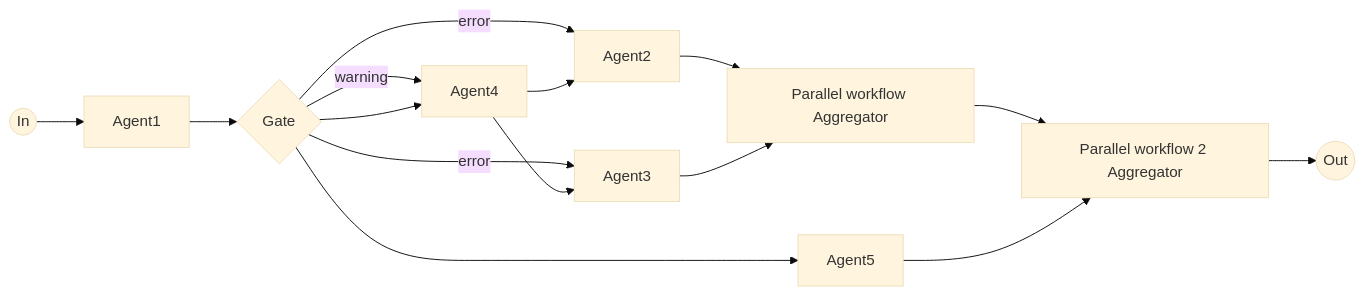
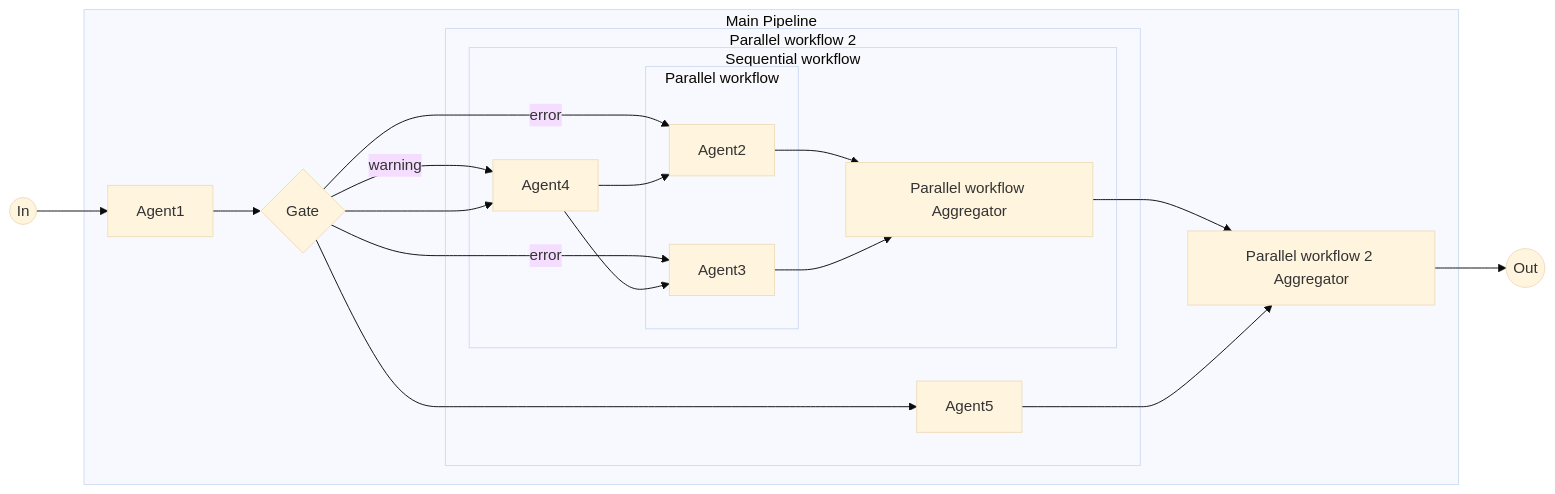
Before and after one commit to rootstrap/mars: the diagram in examples/complex_workflow/diagram.md, drawn with Mermaid (base theme). The commit also changed 10 other files, not shown here.

````diff
--- a/examples/complex_workflow/diagram.md
+++ b/examples/complex_workflow/diagram.md
@@ -1,27 +1,47 @@
 ```mermaid
 flowchart LR
 in((In))
 out((Out))
 agent1[Agent1]
 gate{Gate}
 agent4[Agent4]
 parallel_workflow_aggregator[Parallel workflow Aggregator]
 agent2[Agent2]
 agent3[Agent3]
 parallel_workflow_2_aggregator[Parallel workflow 2 Aggregator]
 agent5[Agent5]
+subgraph parallel_workflow_2["Parallel workflow 2"]
+  sequential_workflow
+  agent5
+end
+subgraph parallel_workflow["Parallel workflow"]
+  agent2
+  agent3
+end
+subgraph sequential_workflow["Sequential workflow"]
+  agent4
+  parallel_workflow
+  parallel_workflow_aggregator
+end
+subgraph main_pipeline["Main Pipeline"]
+  agent1
+  gate
+  parallel_workflow_aggregator
+  parallel_workflow_2
+  parallel_workflow_2_aggregator
+end
 in --> agent1
 agent1 --> gate
 gate -->|warning| agent4
 gate -->|error| agent2
 gate -->|error| agent3
 gate --> agent4
 gate --> agent5
 agent4 --> agent2
 agent4 --> agent3
 agent2 --> parallel_workflow_aggregator
 parallel_workflow_aggregator --> parallel_workflow_2_aggregator
 agent3 --> parallel_workflow_aggregator
 parallel_workflow_2_aggregator --> out
 agent5 --> parallel_workflow_2_aggregator
 ```
````
